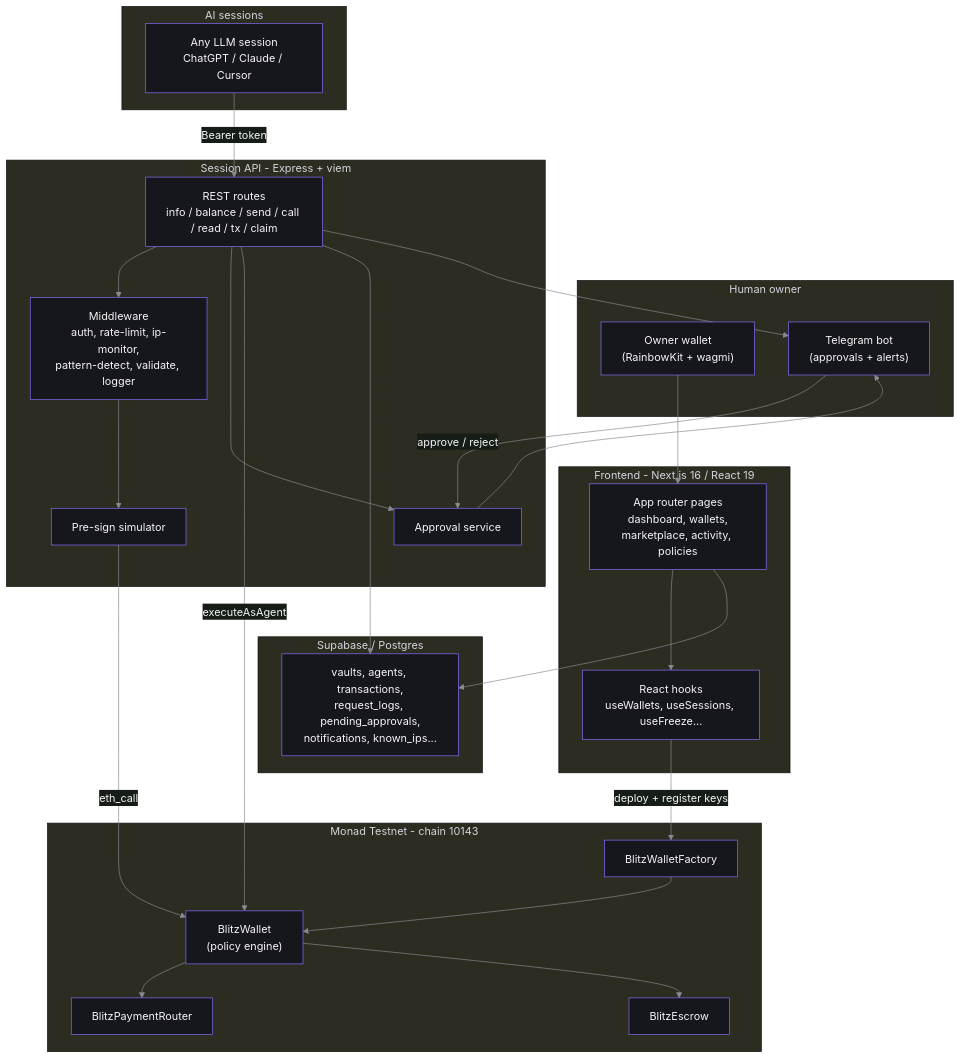
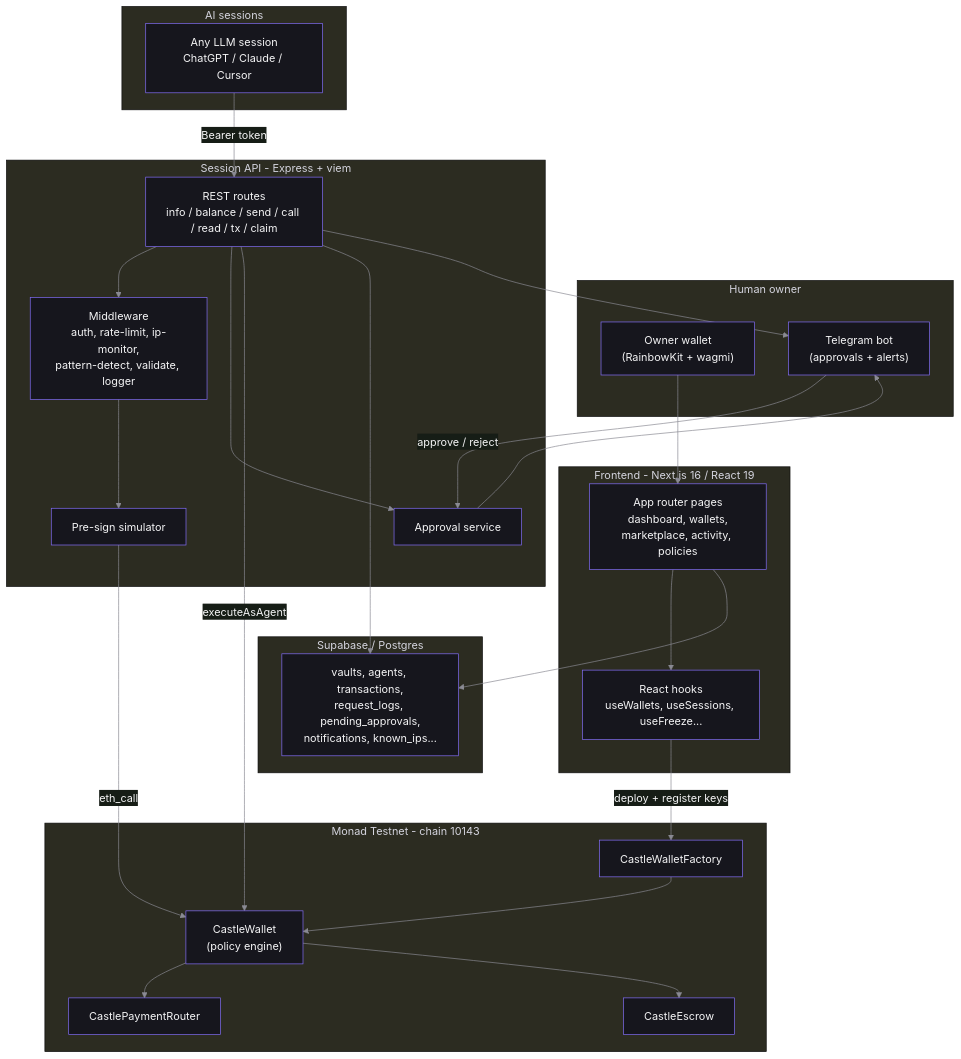
Before and after one commit to algosavant3010/castle: the second of 10 diagrams in README.md, drawn with Mermaid. The commit also changed other lines of this file and 68 other files, not shown here.

````diff
--- a/README.md
+++ b/README.md
@@ -150,54 +150,54 @@
 ```mermaid
 %%{init: {"theme":"base","themeVariables":{"primaryColor":"#16161D","primaryTextColor":"#F4F4F5","primaryBorderColor":"#836EF9","lineColor":"#8A8A93","fontFamily":"monospace"}}}%%
 flowchart TB
     subgraph Humans["Human owner"]
         Owner["Owner wallet<br/>(RainbowKit + wagmi)"]
         TG["Telegram bot<br/>(approvals + alerts)"]
     end
 
     subgraph AI["AI sessions"]
         Agent["Any LLM session<br/>ChatGPT / Claude / Cursor"]
     end
 
     subgraph FE["Frontend - Next.js 16 / React 19"]
         App["App router pages<br/>dashboard, wallets,<br/>marketplace, activity, policies"]
         Hooks["React hooks<br/>useWallets, useSessions, useFreeze..."]
     end
 
     subgraph BE["Session API - Express + viem"]
         API["REST routes<br/>info / balance / send / call / read / tx / claim"]
         MW["Middleware<br/>auth, rate-limit, ip-monitor,<br/>pattern-detect, validate, logger"]
         SIM["Pre-sign simulator"]
         APV["Approval service"]
     end
 
     subgraph DB["Supabase / Postgres"]
         Tables["vaults, agents, transactions,<br/>request_logs, pending_approvals,<br/>notifications, known_ips..."]
     end
 
     subgraph Chain["Monad Testnet - chain 10143"]
-        Factory["BlitzWalletFactory"]
-        Wallet["BlitzWallet<br/>(policy engine)"]
-        Escrow["BlitzEscrow"]
-        Router["BlitzPaymentRouter"]
+        Factory["CastleWalletFactory"]
+        Wallet["CastleWallet<br/>(policy engine)"]
+        Escrow["CastleEscrow"]
+        Router["CastlePaymentRouter"]
     end
 
     Owner --> App
     App --> Hooks
     Hooks -->|deploy + register keys| Factory
     Factory --> Wallet
     App --> Tables
 
     Agent -->|Bearer token| API
     API --> MW
     MW --> SIM
     SIM -->|eth_call| Wallet
     API --> APV
     APV --> TG
     TG -->|approve / reject| APV
     API -->|executeAsAgent| Wallet
     Wallet --> Router
     Wallet --> Escrow
     API --> Tables
     API --> TG
 ```
````
